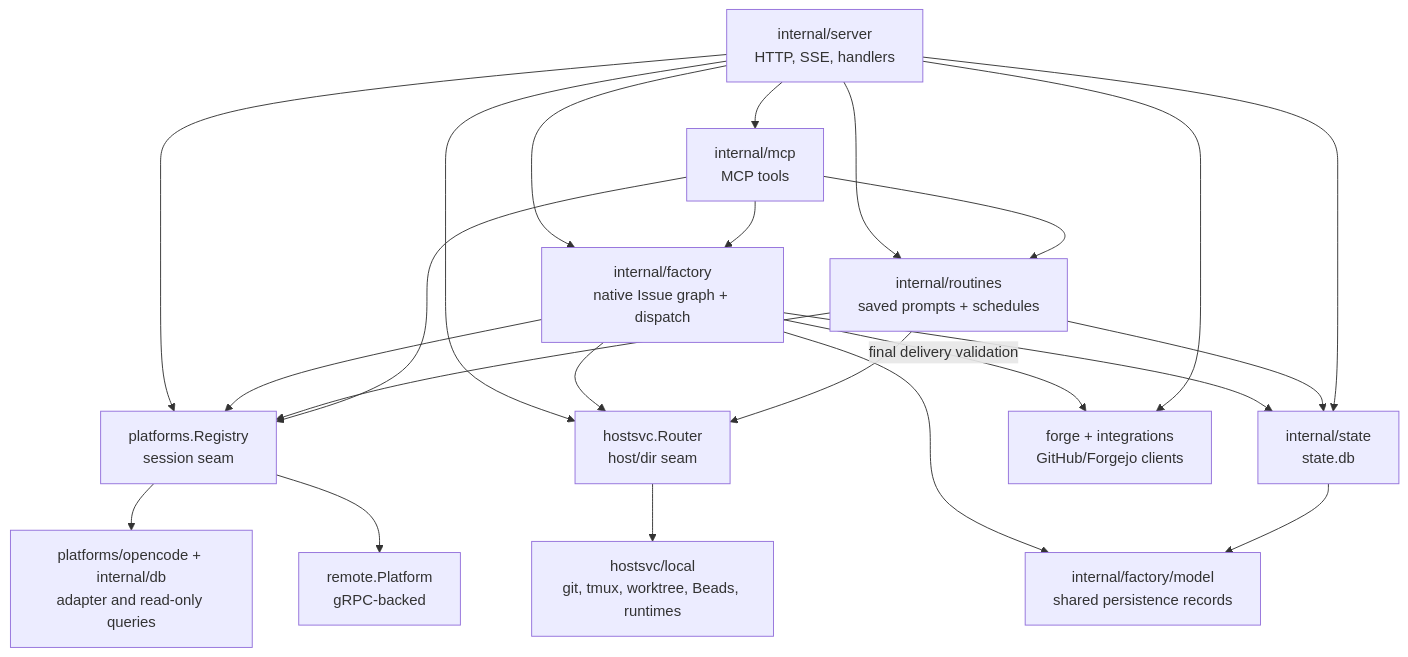
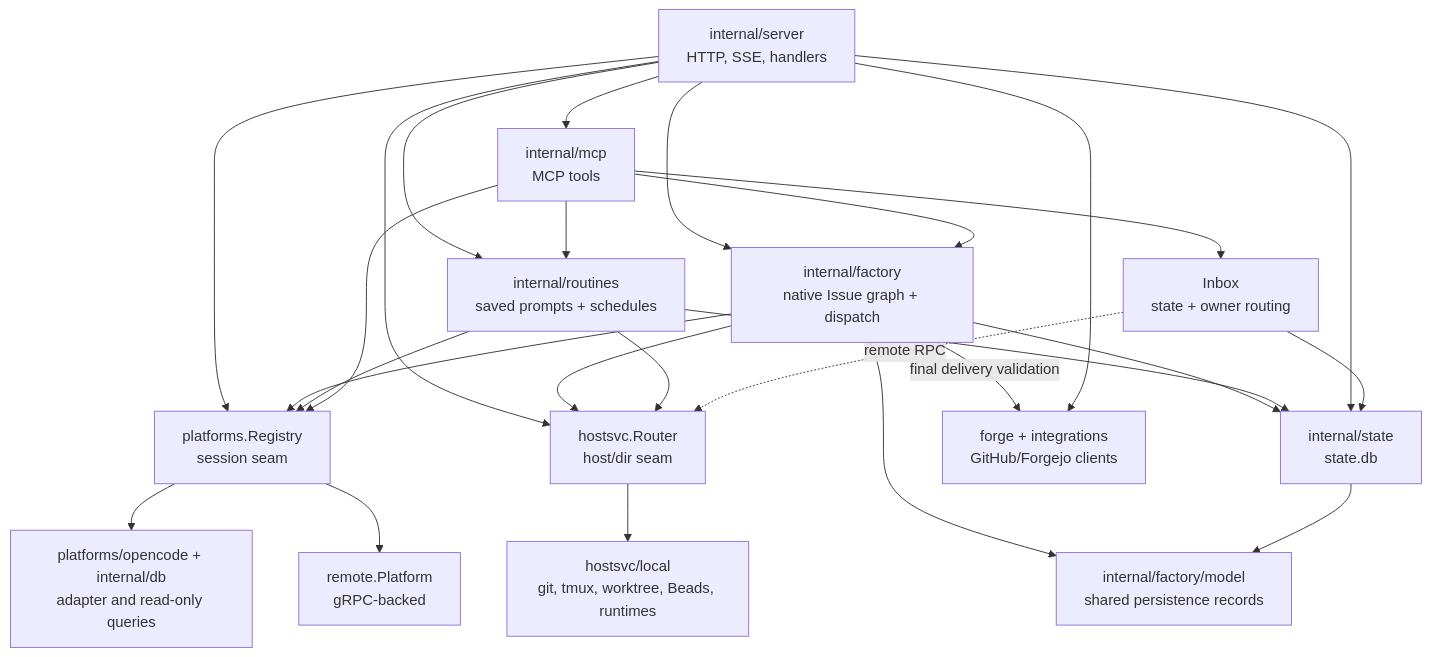
One commit to ocman/ocman changed the third of 5 diagrams in docs/other/architecture.md. Above: the diagram before and after it, drawn with Mermaid. The commit also changed other lines of this file and 4 other files, not shown here.

````diff
--- a/docs/other/architecture.md
+++ b/docs/other/architecture.md
@@ -84,25 +86,28 @@
 ```mermaid
 flowchart TD
     Server[internal/server<br/>HTTP, SSE, handlers] --> Registry[platforms.Registry<br/>session seam]
     Server --> Router[hostsvc.Router<br/>host/dir seam]
     Server --> Routines[internal/routines<br/>saved prompts + schedules]
     Server --> Factory[internal/factory<br/>native Issue graph + dispatch]
     Factory --> FactoryModel[internal/factory/model<br/>shared persistence records]
     Factory --> State
     State --> FactoryModel
     Factory --> Registry
     Factory --> Router
     Factory -->|final delivery validation| Forge
     Routines --> Registry
     Routines --> Router
     Routines --> State
     Server --> MCP[internal/mcp<br/>MCP tools]
     MCP --> Factory
+    MCP --> Inbox[Inbox<br/>state + owner routing]
     MCP --> Routines
     MCP --> Registry
     Registry --> OC[platforms/opencode + internal/db<br/>adapter and read-only queries]
     Registry --> RP[remote.Platform<br/>gRPC-backed]
     Router --> Local[hostsvc/local<br/>git, tmux, worktree, Beads, runtimes]
     Server --> State[internal/state<br/>state.db]
+    Inbox --> State
+    Inbox -.->|remote RPC| Router
     Server --> Forge[forge + integrations<br/>GitHub/Forgejo clients]
 ```
````
